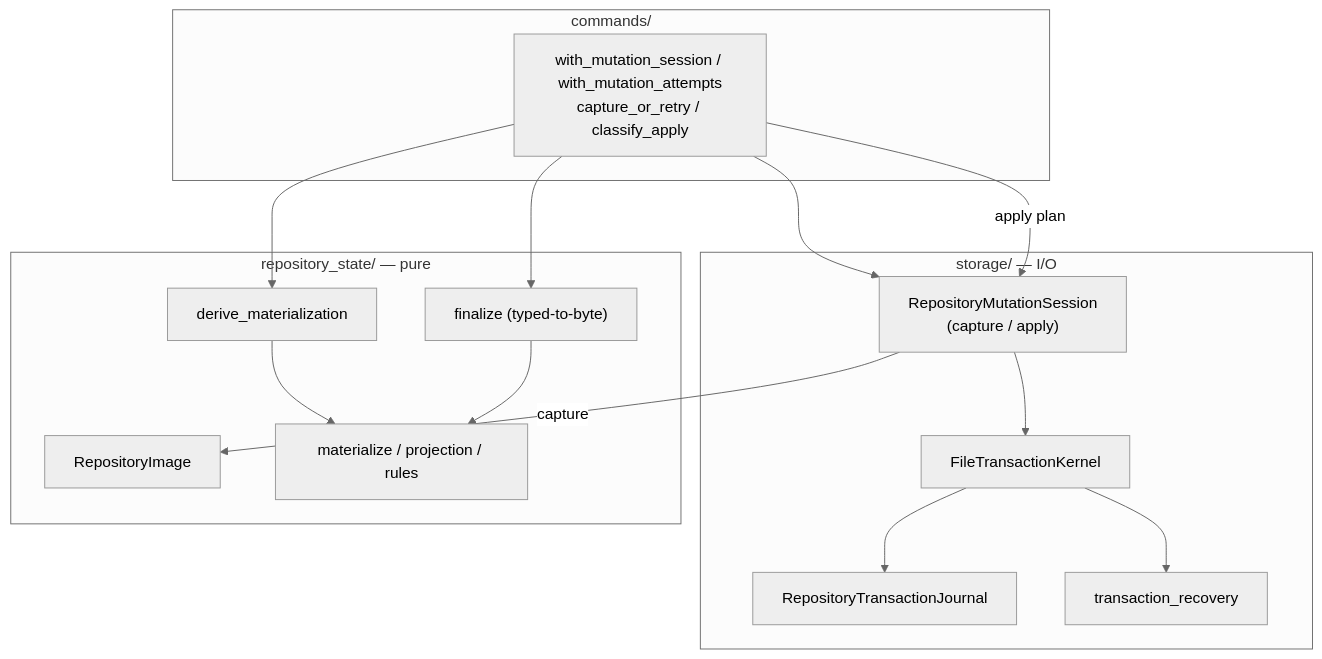
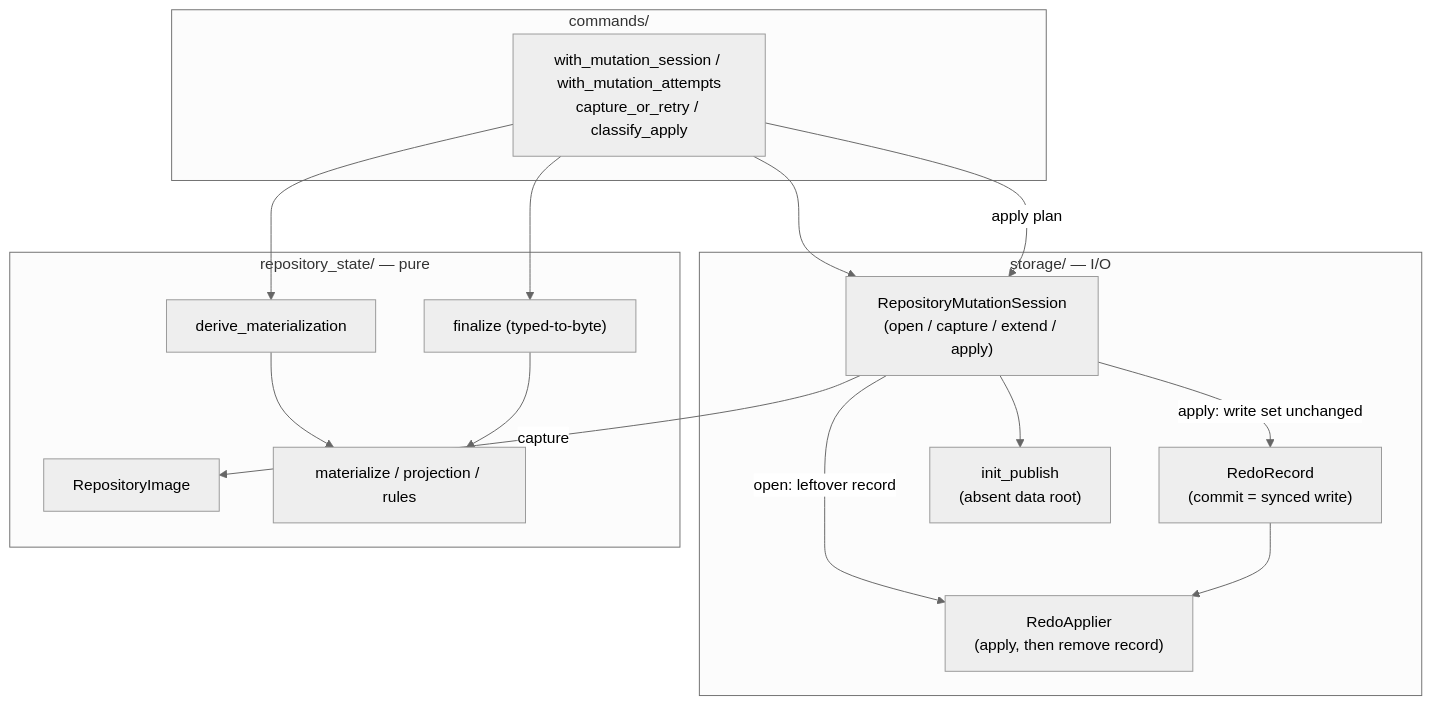
Before and after one commit to erankavija/just-in-time: the second of 4 diagrams in dev/architecture/repository-state-materialization.md, drawn with Mermaid (neutral theme). The commit also changed other lines of this file and 2 other files, not shown here.

Commit message:
docs(jit:be13da79): describe redo-record publication in materialization note

````diff
--- a/dev/architecture/repository-state-materialization.md
+++ b/dev/architecture/repository-state-materialization.md
@@ -45,28 +49,29 @@
 ```mermaid
 flowchart TD
     subgraph cmd [commands/]
         MS["with_mutation_session / with_mutation_attempts<br/>capture_or_retry / classify_apply"]
     end
     subgraph store [storage/ &mdash; I/O]
-        SESS["RepositoryMutationSession<br/>(capture / apply)"]
-        KERN["FileTransactionKernel"]
-        JOUR["RepositoryTransactionJournal"]
-        REC["transaction_recovery"]
+        SESS["RepositoryMutationSession<br/>(open / capture / extend / apply)"]
+        REC["RedoRecord<br/>(commit = synced write)"]
+        APP["RedoApplier<br/>(apply, then remove record)"]
+        INIT["init_publish<br/>(absent data root)"]
     end
     subgraph pure [repository_state/ &mdash; pure]
         IMG["RepositoryImage"]
         DERIVE["derive_materialization"]
         FIN["finalize (typed-to-byte)"]
         PROD["materialize / projection / rules"]
     end
     MS --> SESS
     SESS -->|capture| IMG
     MS --> DERIVE
     MS --> FIN
     DERIVE --> PROD
     FIN --> PROD
     MS -->|apply plan| SESS
-    SESS --> KERN
-    KERN --> JOUR
-    KERN --> REC
+    SESS -->|open: leftover record| APP
+    SESS -->|apply: write set unchanged| REC
+    REC --> APP
+    SESS --> INIT
 ```
````
